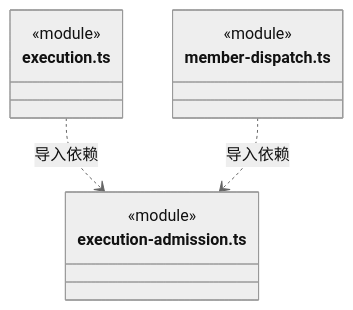
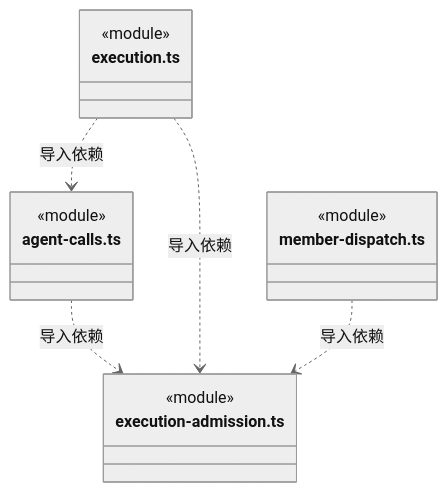
One commit to nan023062/cbim changed the eighth of 8 diagrams in src/logic/application/assembly/ARCHITECTURE.md. Above: the diagram before and after it, drawn with Mermaid (neutral theme). The commit also changed other lines of this file and 87 other files, not shown here.

Commit message:
feat: encapsulate recursive agent execution and unified conversation (#94)

````diff
--- a/src/logic/application/assembly/ARCHITECTURE.md
+++ b/src/logic/application/assembly/ARCHITECTURE.md
@@ -104,14 +138,19 @@
 ```mermaid
 classDiagram
-class N_src_logic_application_assembly_execution_ts["execution.ts"] {
+class N_src_logic_application_assembly_agent_calls_ts["agent-calls.ts"] {
   <<module>>
 }
 class N_src_logic_application_assembly_execution_admission_ts["execution-admission.ts"] {
   <<module>>
 }
+class N_src_logic_application_assembly_execution_ts["execution.ts"] {
+  <<module>>
+}
 class N_src_logic_application_assembly_member_dispatch_ts["member-dispatch.ts"] {
   <<module>>
 }
+N_src_logic_application_assembly_agent_calls_ts ..> N_src_logic_application_assembly_execution_admission_ts : 导入依赖
 N_src_logic_application_assembly_execution_ts ..> N_src_logic_application_assembly_execution_admission_ts : 导入依赖
+N_src_logic_application_assembly_execution_ts ..> N_src_logic_application_assembly_agent_calls_ts : 导入依赖
 N_src_logic_application_assembly_member_dispatch_ts ..> N_src_logic_application_assembly_execution_admission_ts : 导入依赖
 ```
````
